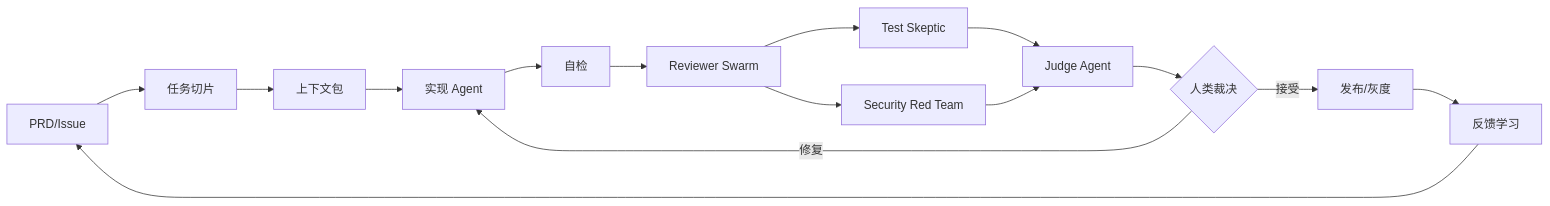
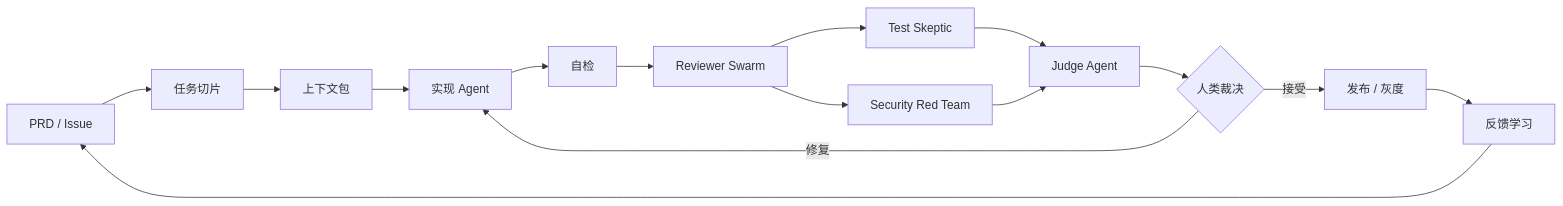
The diagram in docs/workflow/overview.md (limecloud/aicoding), drawn with Mermaid before and after one commit. The commit also changed 1 other file, not shown here.

Commit message:
Improve diagram readability

````diff
--- a/docs/workflow/overview.md
+++ b/docs/workflow/overview.md
@@ -5,17 +5,17 @@
 ```mermaid
 flowchart LR
-  A[PRD/Issue] --> B[任务切片]
+  A[PRD / Issue] --> B[任务切片]
   B --> C[上下文包]
   C --> D[实现 Agent]
   D --> E[自检]
   E --> F[Reviewer Swarm]
   F --> G[Test Skeptic]
   F --> H[Security Red Team]
   G --> I[Judge Agent]
   H --> I
   I --> J{人类裁决}
   J -->|修复| D
-  J -->|接受| K[发布/灰度]
+  J -->|接受| K[发布 / 灰度]
   K --> L[反馈学习]
   L --> A
 ```
````
